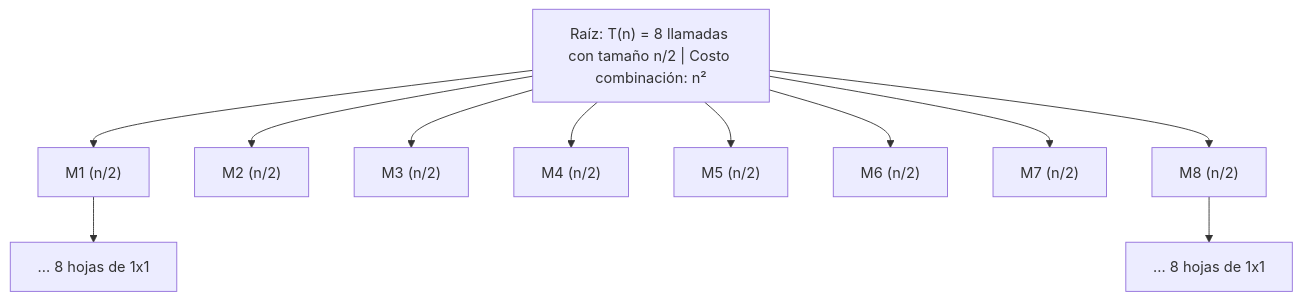
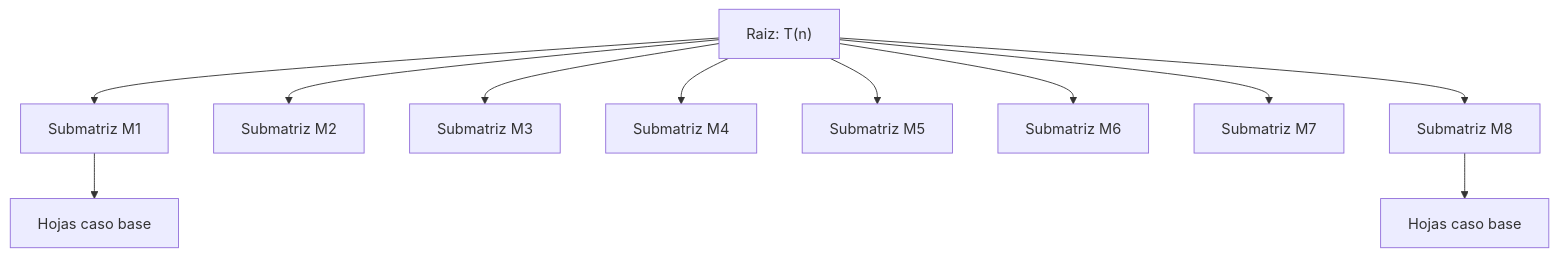
One commit to nbrian96/tda-2C2026-material changed the first of 30 diagrams in guia_tda_parciales.md. Above: the diagram before and after it, drawn with Mermaid. The commit also changed other lines of this file and 21 other files, not shown here.

````diff
--- a/guia_tda_parciales.md
+++ b/guia_tda_parciales.md
@@ -279,14 +279,13 @@
 ```mermaid
-graph TD
-    R["Raíz: T(n) = 8 llamadas con tamaño n/2 | Costo combinación: n²"]
-    R --> L1["M1 (n/2)"]
-    R --> L2["M2 (n/2)"]
-    R --> L3["M3 (n/2)"]
-    R --> L4["M4 (n/2)"]
-    R --> L5["M5 (n/2)"]
-    R --> L6["M6 (n/2)"]
-    R --> L7["M7 (n/2)"]
-    R --> L8["M8 (n/2)"]
-    L1 --> H1["... 8 hojas de 1x1"]
-    L8 --> H8["... 8 hojas de 1x1"]
+flowchart TD
+    R["Raiz: T(n)"] --> L1["Submatriz M1"]
+    R --> L2["Submatriz M2"]
+    R --> L3["Submatriz M3"]
+    R --> L4["Submatriz M4"]
+    R --> L5["Submatriz M5"]
+    R --> L6["Submatriz M6"]
+    R --> L7["Submatriz M7"]
+    R --> L8["Submatriz M8"]
+    L1 --> H1["Hojas caso base"]
+    L8 --> H8["Hojas caso base"]
 ```
````
